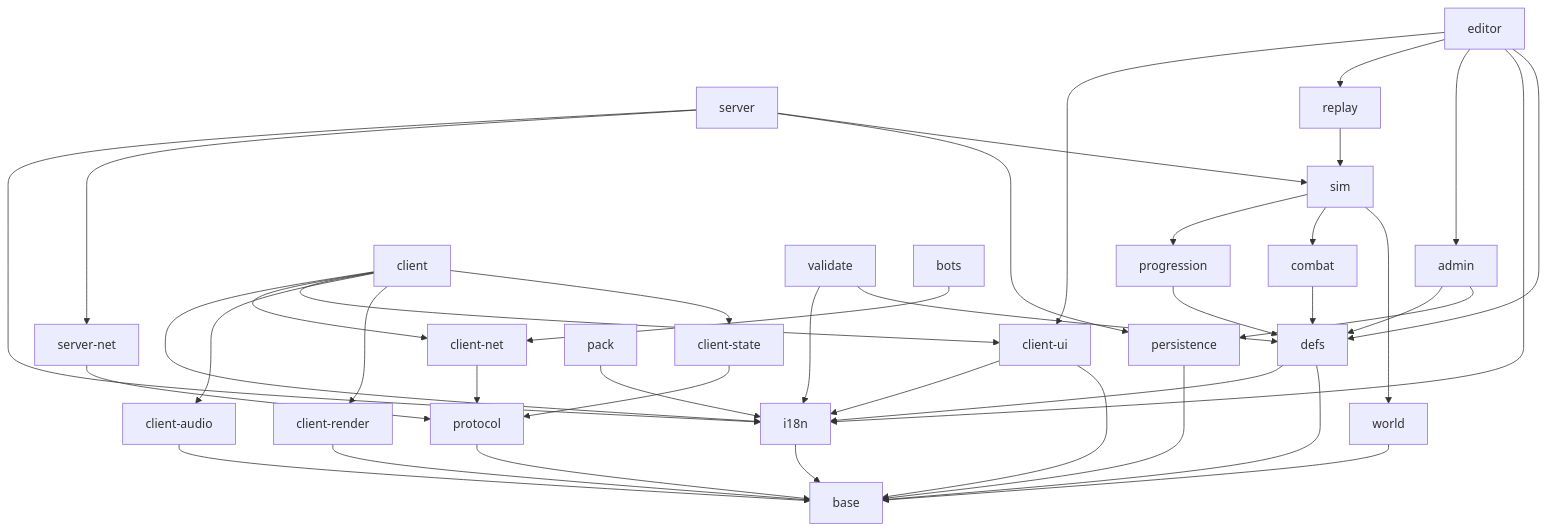
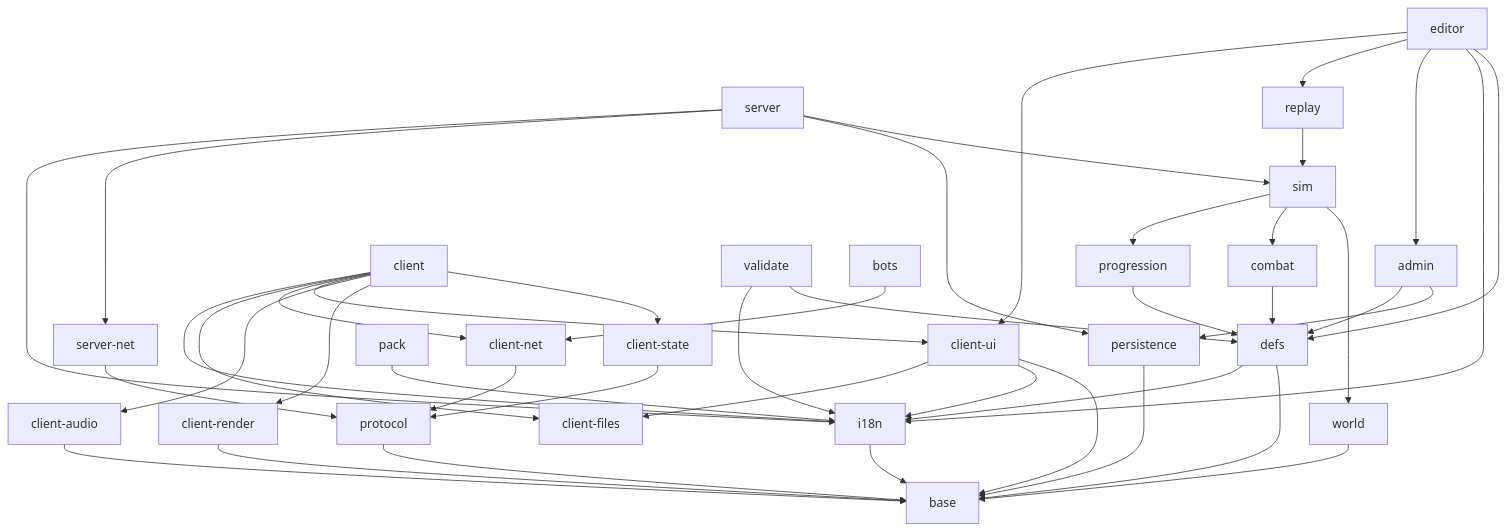
The second of 2 diagrams in docs/architecture.md (kaio-souza/mmo-rpg), drawn with Mermaid before and after one commit. The commit also changed other lines of this file and 47 other files, not shown here.

````diff
--- a/docs/architecture.md
+++ b/docs/architecture.md
@@ -41,25 +43,26 @@
 ```mermaid
 graph TD
     i18n --> base
     defs --> base & i18n
     protocol --> base
     world --> base
     combat --> defs
     progression --> defs
     sim --> world & combat & progression
     persistence --> base
     servernet[server-net] --> protocol
     server --> sim & persistence & servernet & i18n
     cstate[client-state] --> protocol
     crender[client-render] --> base
     caudio[client-audio] --> base
-    cui[client-ui] --> base & i18n
+    cfiles[client-files]
+    cui[client-ui] --> base & i18n & cfiles
     cnet[client-net] --> protocol
-    client --> cstate & crender & caudio & cui & cnet & i18n
+    client --> cstate & crender & caudio & cui & cnet & cfiles & i18n
     validate --> defs & i18n
     pack --> i18n
     bots --> cnet
     replay --> sim
     admin --> persistence & defs
     editor --> defs & i18n & admin & replay & cui
 ```
````
